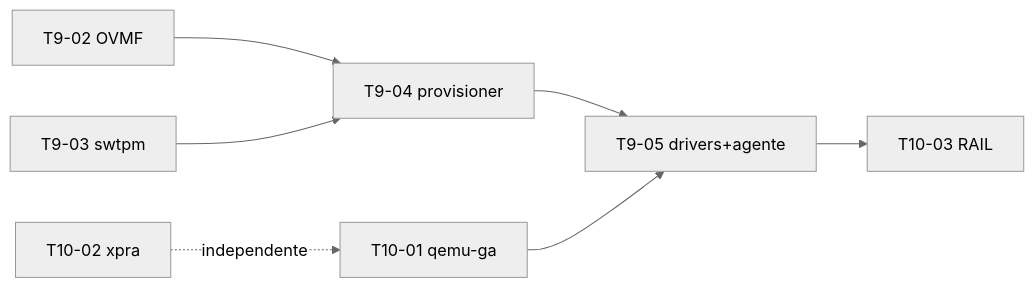
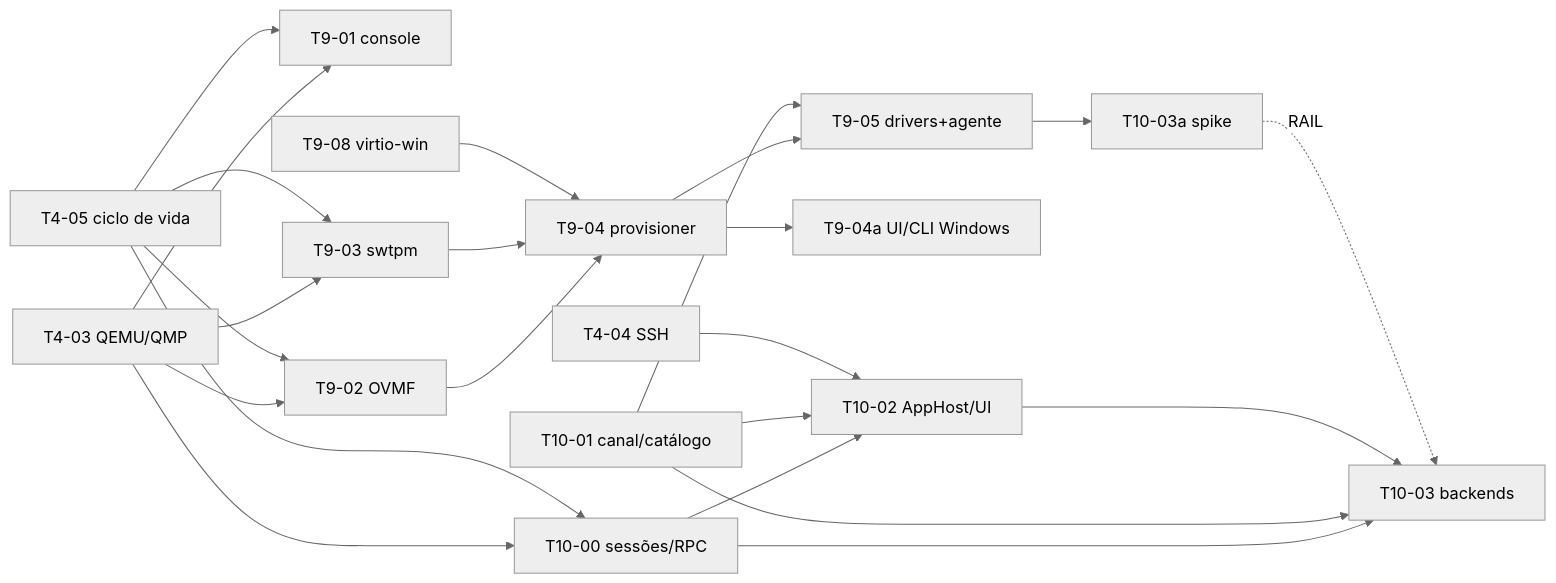
One commit to marcos2872/podstack changed the diagram in docs/specs/001-apps-remotos-vm/tasks.md. Above: the diagram before and after it, drawn with Mermaid (neutral theme). The commit also changed other lines of this file and 5 other files, not shown here.

````diff
--- a/docs/specs/001-apps-remotos-vm/tasks.md
+++ b/docs/specs/001-apps-remotos-vm/tasks.md
@@ -53,9 +57,25 @@
 ```mermaid
 flowchart LR
-  T9-02[T9-02 OVMF] --> T9-04[T9-04 provisioner]
-  T9-03[T9-03 swtpm] --> T9-04
+  T4-03[T4-03 QEMU/QMP] --> T10-00[T10-00 sessões/RPC]
+  T4-05[T4-05 ciclo de vida] --> T10-00
+  T10-00 --> T10-02[T10-02 AppHost/UI]
+  T10-01[T10-01 canal/catálogo] --> T10-02
+  T4-04[T4-04 SSH] --> T10-02
+  T10-00 --> T10-03[T10-03 backends]
+  T10-01 --> T10-03
+  T10-02 --> T10-03
+  T4-03 --> T9-01[T9-01 console]
+  T4-05 --> T9-01
+  T4-03 --> T9-02[T9-02 OVMF]
+  T4-05 --> T9-02
+  T4-03 --> T9-03[T9-03 swtpm]
+  T4-05 --> T9-03
+  T9-02 --> T9-04[T9-04 provisioner]
+  T9-03 --> T9-04
+  T9-08[T9-08 virtio-win] --> T9-04
+  T9-04 --> T9-04a[T9-04a UI/CLI Windows]
   T9-04 --> T9-05[T9-05 drivers+agente]
-  T10-01[T10-01 qemu-ga] --> T9-05
-  T9-05 --> T10-03[T10-03 RAIL]
-  T10-02[T10-02 xpra] -.independente.-> T10-01
+  T10-01 --> T9-05
+  T9-05 --> T10-03a[T10-03a spike]
+  T10-03a -.->|RAIL| T10-03
 ```
````
